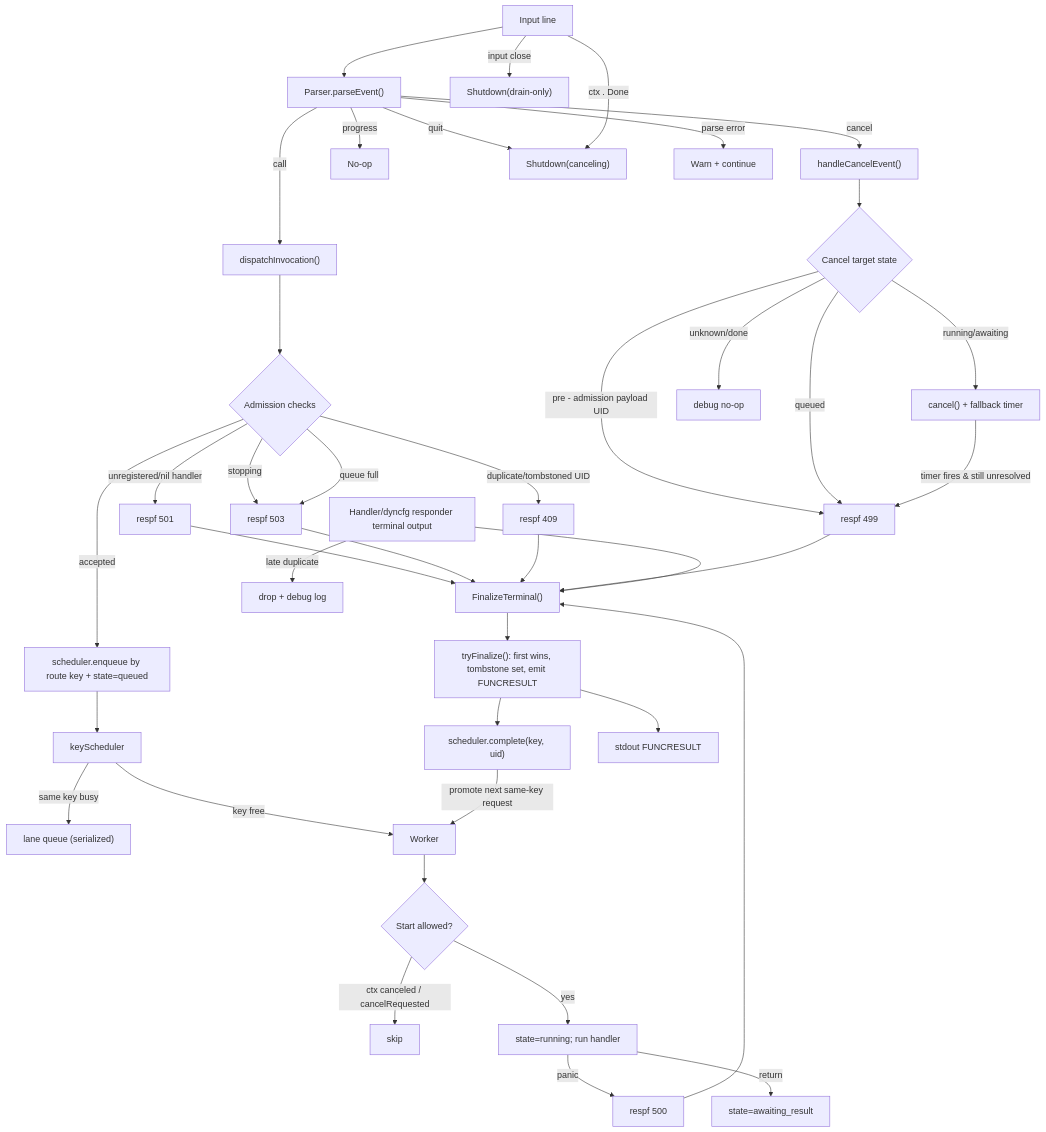
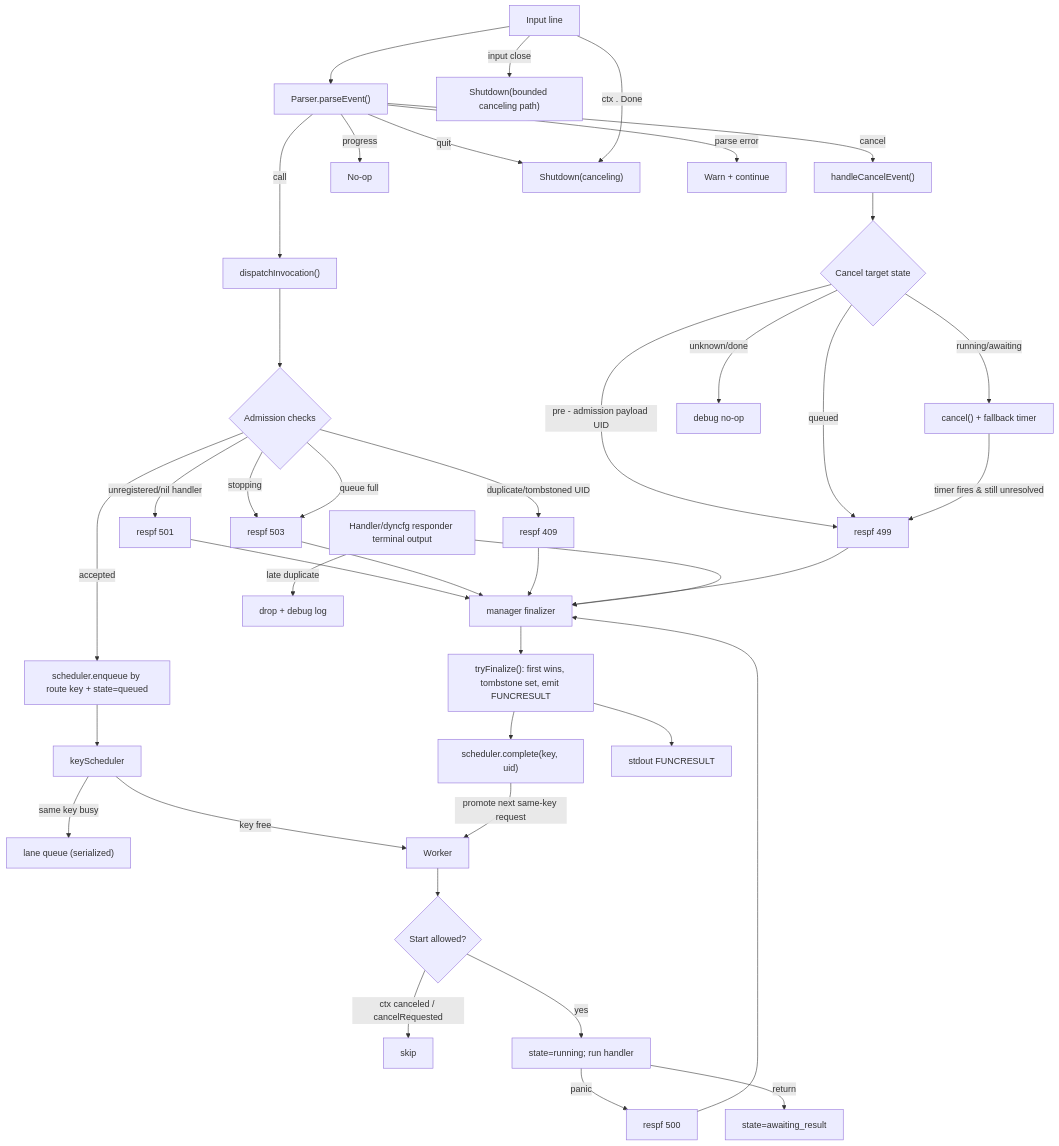
The diagram in src/go/plugin/framework/functions/README.md (netdata/netdata), drawn with Mermaid before and after one commit. The commit also changed other lines of this file and 14 other files, not shown here.

Commit message:
refactor(functions): harden terminal finalization and shutdown semantics

````diff
--- a/src/go/plugin/framework/functions/README.md
+++ b/src/go/plugin/framework/functions/README.md
@@ -136,42 +141,42 @@
 ```mermaid
 flowchart TD
     A["Input line"] --> B["Parser.parseEvent()"]
     B -->|call| C["dispatchInvocation()"]
     B -->|cancel| D["handleCancelEvent()"]
     B -->|progress| E["No-op"]
     B -->|quit| F["Shutdown(canceling)"]
     B -->|parse error| G["Warn + continue"]
     C --> C1{"Admission checks"}
     C1 -->|stopping| R503["respf 503"]
     C1 -->|unregistered/nil handler| R501["respf 501"]
     C1 -->|duplicate/tombstoned UID| R409["respf 409"]
     C1 -->|queue full| R503
     C1 -->|accepted| Q["scheduler.enqueue by route key + state=queued"]
     Q --> S["keyScheduler"]
     S -->|same key busy| SQ["lane queue (serialized)"]
     S -->|key free| W["Worker"]
     W --> W1{"Start allowed?"}
     W1 -->|ctx canceled / cancelRequested| X["skip"]
     W1 -->|yes| W2["state=running; run handler"]
     W2 -->|panic| R500["respf 500"]
     W2 -->|return| AWAIT["state=awaiting_result"]
     D --> D1{"Cancel target state"}
     D1 -->|pre - admission payload UID| C499["respf 499"]
     D1 -->|queued| C499
     D1 -->|running/awaiting| TMR["cancel() + fallback timer"]
     D1 -->|unknown/done| NOP["debug no-op"]
     TMR -->|timer fires & still unresolved| C499
-    R501 --> FIN["FinalizeTerminal()"]
+    R501 --> FIN["manager finalizer"]
     R503 --> FIN
     R409 --> FIN
     R500 --> FIN
     C499 --> FIN
     HRESP["Handler/dyncfg responder terminal output"] --> FIN
     FIN --> TF["tryFinalize(): first wins, tombstone set, emit FUNCRESULT"]
     TF --> SREL["scheduler.complete(key, uid)"]
     SREL -->|promote next same-key request| W
     TF --> OUT["stdout FUNCRESULT"]
     HRESP -->|late duplicate| DROP["drop + debug log"]
     A -->|ctx . Done| F
-    A -->|input close| F2["Shutdown(drain-only)"]
+    A -->|input close| F2["Shutdown(bounded canceling path)"]
 ```
````
